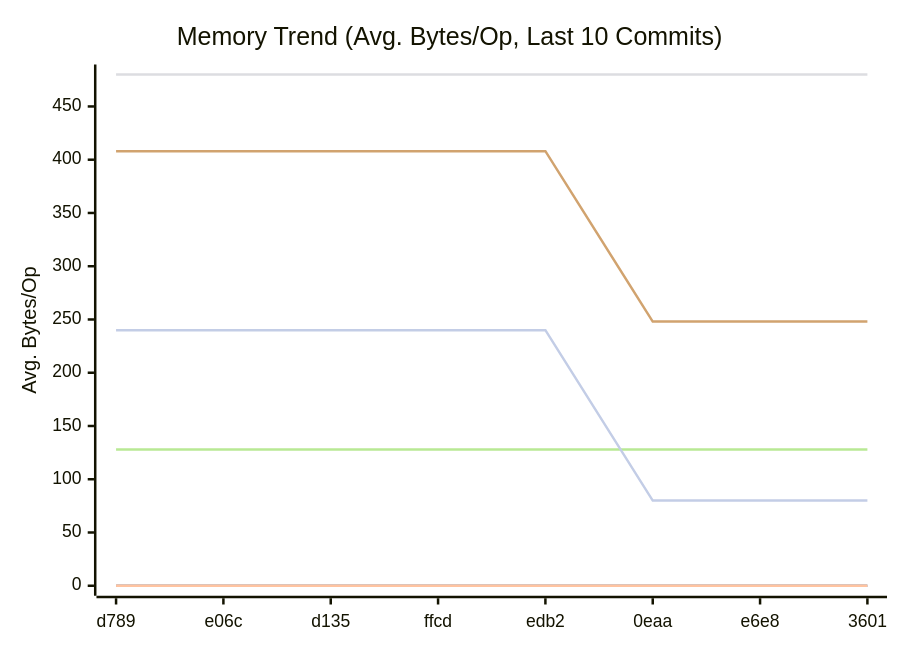
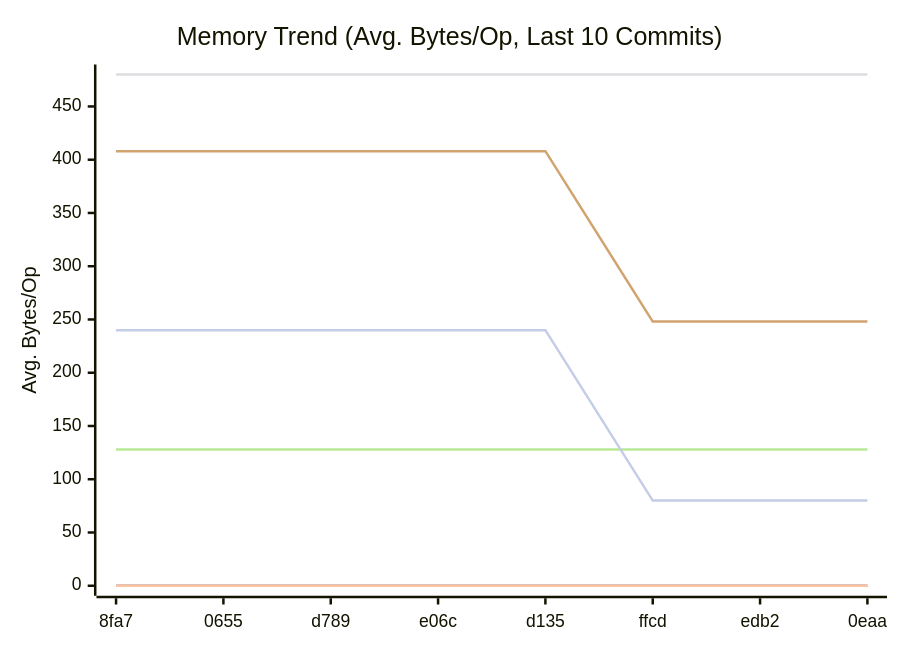
Before and after one commit to alsotoes/momo: the second of 3 diagrams in docs/README.md, drawn with Mermaid. The commit also changed other lines of this file and 7 other files, not shown here.

````diff
--- a/docs/README.md
+++ b/docs/README.md
@@ -318,14 +318,14 @@
 ```mermaid
 xychart-beta
     title "Memory Trend (Avg. Bytes/Op, Last 10 Commits)"
     x-axis "Commit"
     y-axis "Avg. Bytes/Op"
-    x-axis [d789,e06c,d135,ffcd,edb2,0eaa,e6e8,3601]
+    x-axis [8fa7,0655,d789,e06c,d135,ffcd,edb2,0eaa]
     line "CheckMetricsAndSwap" [0,0,0,0,0,0,0,0,0,0]
     line "IndexDirectTracking" [0,0,0,0,0,0,0,0,0,0]
     line "IndexSearch" [0,0,0,0,0,0,0,0,0,0]
     line "LoadGlobalConfig" [480,480,480,480,480,480,480,480,480,480]
     line "PadString" [128,128,128,128,128,128,128,128,128,128]
     line "ParseReplicationOrder_NoPrealloc" [408,408,408,408,408,248,248,248,248,248]
     line "ParseReplicationOrder_Prealloc" [240,240,240,240,240,80,80,80,80,80]
 ```
````
